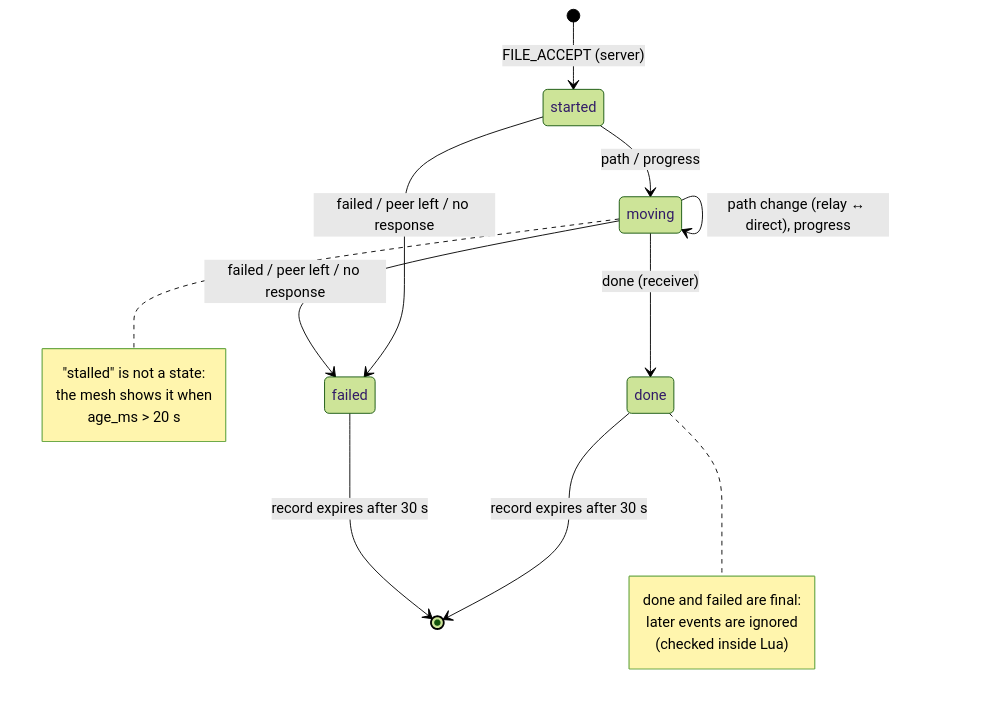
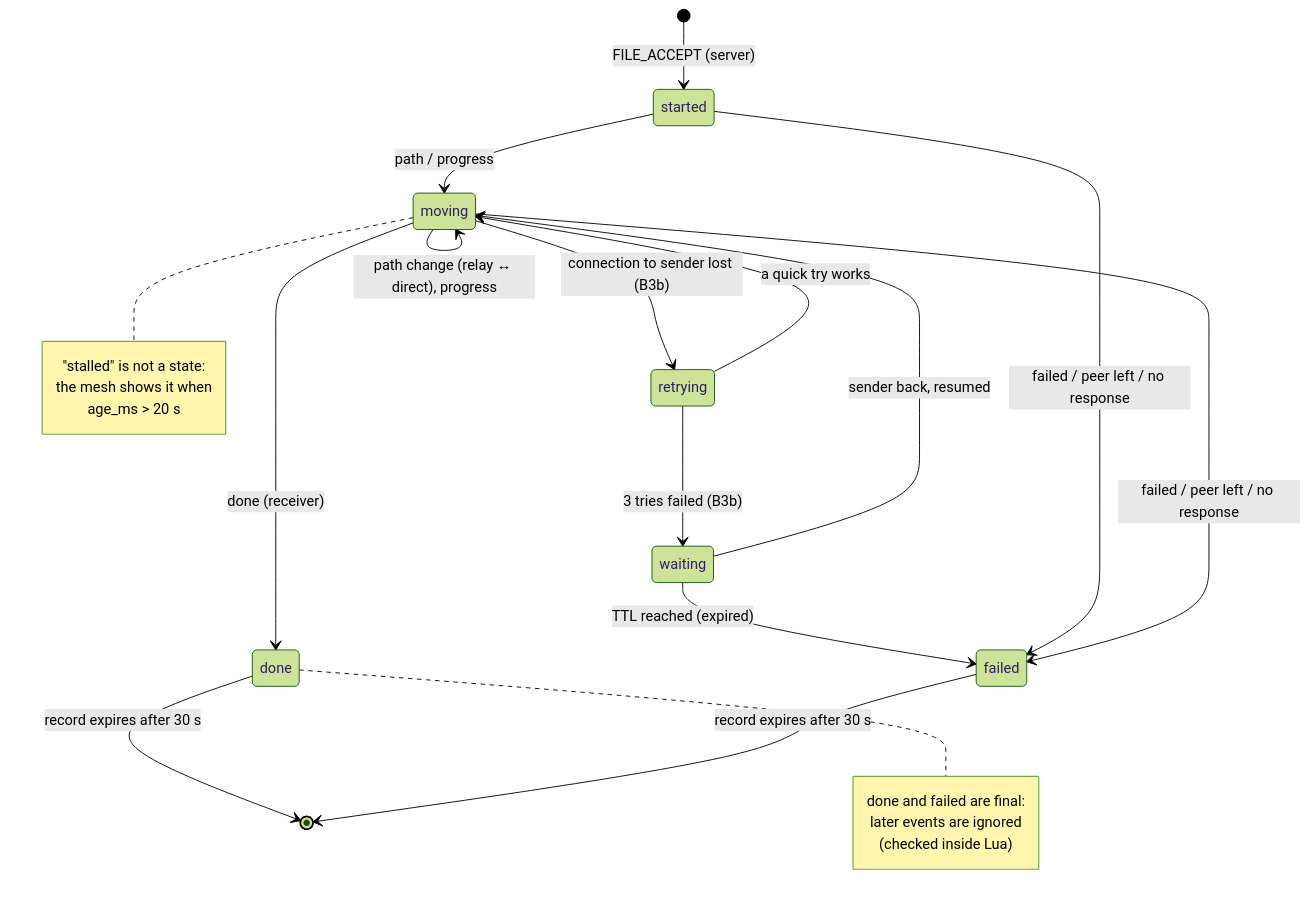
The fourth of 7 diagrams in docs/fixes/mesh-v2.md (shobhit157/Aperture), drawn with Mermaid (forest theme) before and after one commit. The commit also changed other lines of this file, not shown here.

````diff
--- a/docs/fixes/mesh-v2.md
+++ b/docs/fixes/mesh-v2.md
@@ -140,22 +142,27 @@
 ```mermaid
 stateDiagram-v2
   [*] --> started: FILE_ACCEPT (server)
   started --> moving: path / progress
   moving --> moving: path change (relay ↔ direct), progress
   moving --> done: done (receiver)
+  moving --> retrying: connection to sender lost (B3b)
+  retrying --> moving: a quick try works
+  retrying --> waiting: 3 tries failed (B3b)
+  waiting --> moving: sender back, resumed
+  waiting --> failed: TTL reached (expired)
   started --> failed: failed / peer left / no response
   moving --> failed: failed / peer left / no response
   done --> [*]: record expires after 30 s
   failed --> [*]: record expires after 30 s
 
   note right of moving
     "stalled" is not a state:
     the mesh shows it when
     age_ms > 20 s
   end note
   note right of done
     done and failed are final:
     later events are ignored
     (checked inside Lua)
   end note
 ```
````
